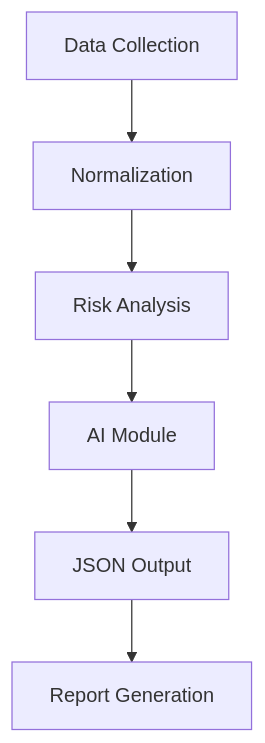
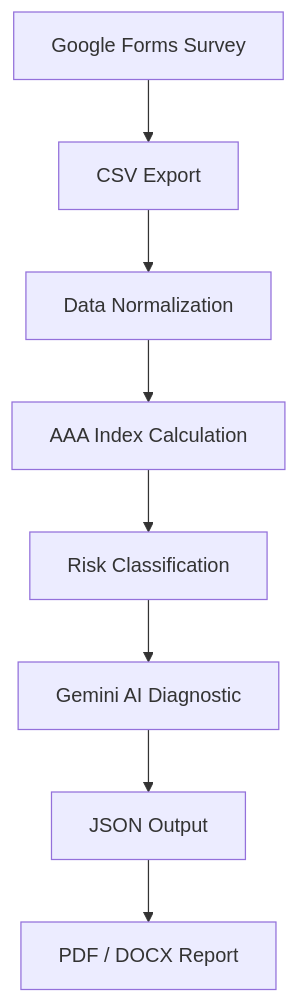
The diagram in README.md (CorpAsfindes/AAA-Autonomy-Algorithms-Agency), drawn with Mermaid before and after one commit. The commit also changed other lines of this file, not shown here.

````diff
--- a/README.md
+++ b/README.md
@@ -28,8 +29,10 @@
 ```mermaid
 graph TD
-    A[Data Collection] --> B[Normalization]
-    B --> C[Risk Analysis]
-    C --> D[AI Module]
-    D --> E[JSON Output]
-    E --> F[Report Generation]
+    A[Google Forms Survey] --> B[CSV Export]
+    B --> C[Data Normalization]
+    C --> D[AAA Index Calculation]
+    D --> E[Risk Classification]
+    E --> F[Gemini AI Diagnostic]
+    F --> G[JSON Output]
+    G --> H[PDF / DOCX Report]
 ```
````
